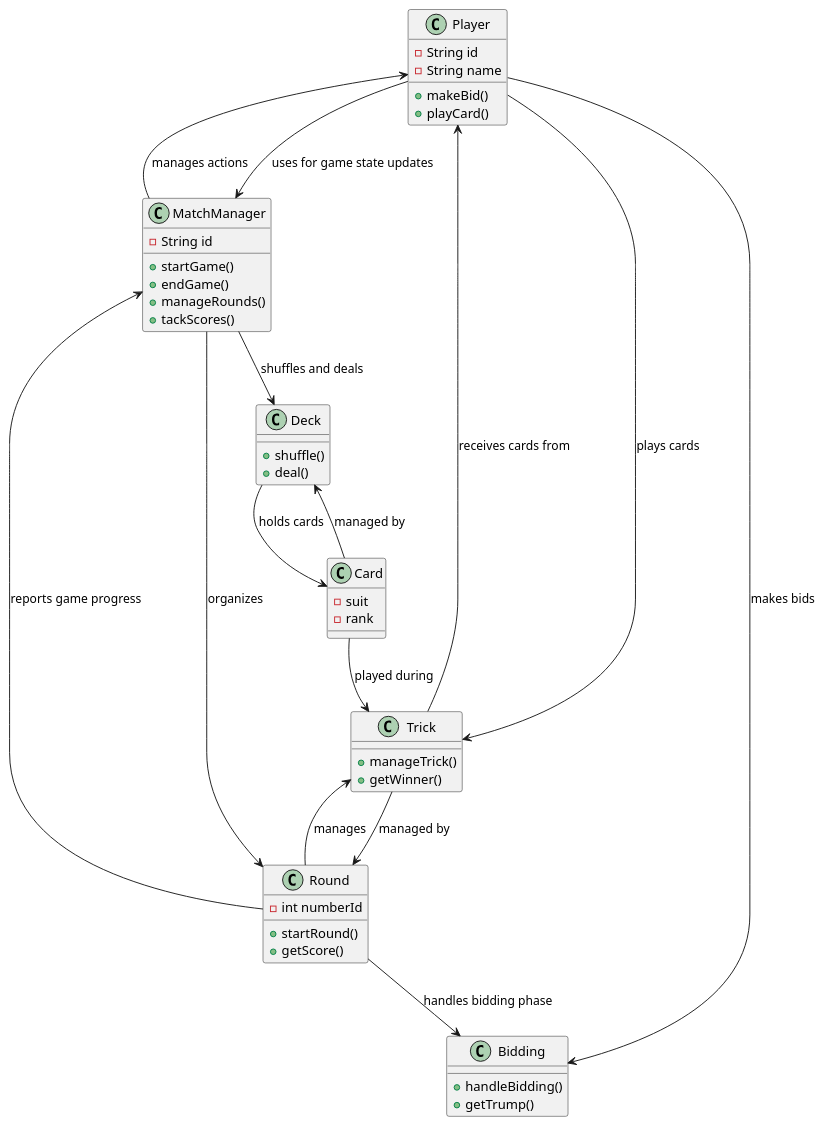
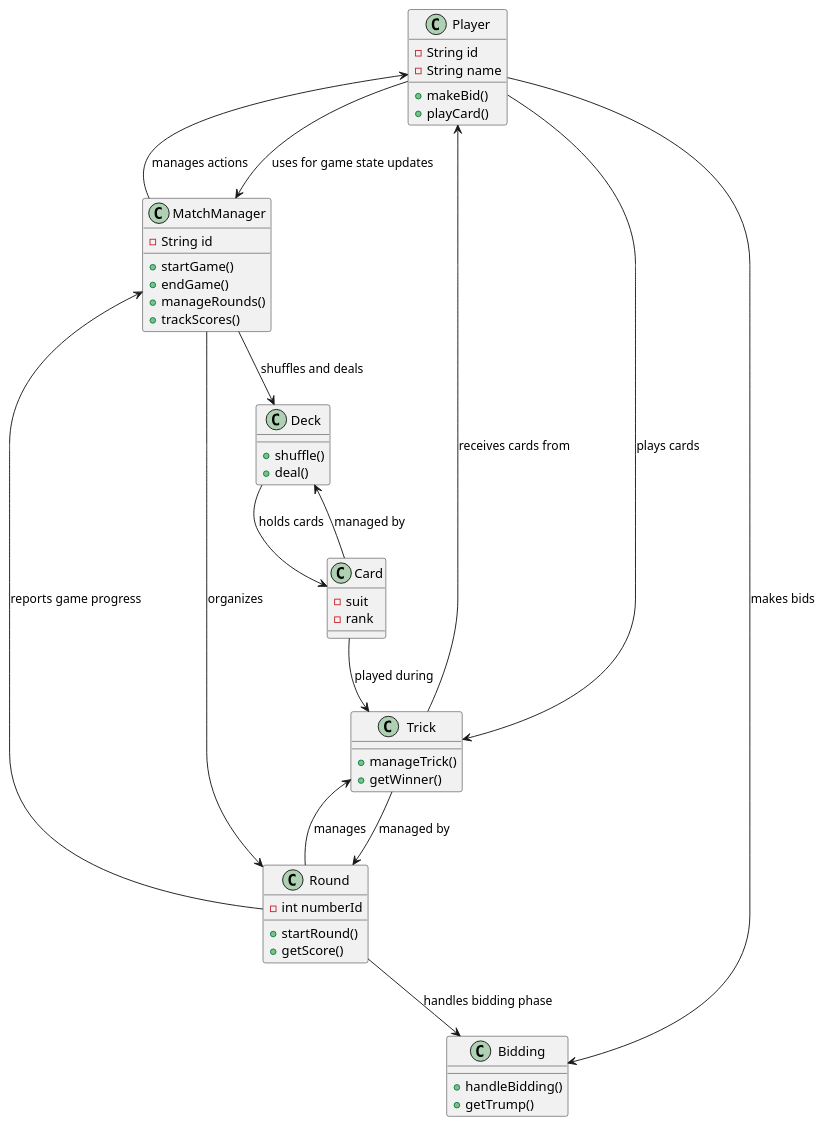
Before and after one commit to ris8z/2brain: the diagram in 2_notes/plantuml/BridgeClassDiagram.md, drawn with PlantUML. The commit also changed 5 other files, not shown here.

````diff
--- a/2_notes/plantuml/BridgeClassDiagram.md
+++ b/2_notes/plantuml/BridgeClassDiagram.md
@@ -7,66 +7,66 @@
 ```plantuml
 @startuml
 class Player {
     - String id
     - String name
     + makeBid()
     + playCard()
 }
 
 class MatchManager {
     - String id
     + startGame()
     + endGame()
     + manageRounds()
-    + tackScores()
+    + trackScores()
 }
 
 class Round {
     - int numberId
     + startRound()
     + getScore()
 }
 
 class Deck {
     + shuffle()
     + deal()
 }
 
 class Card {
     - suit
     - rank
 }
 
 class Bidding {
     + handleBidding()
     + getTrump()
 }
 
 class Trick {
     + manageTrick() 
     + getWinner()
 }
 
 Player --> MatchManager : uses for game state updates
 Player --> Bidding : makes bids
 Player --> Trick : plays cards
 
 MatchManager --> Player : manages actions
 MatchManager --> Round : organizes
 MatchManager --> Deck : shuffles and deals
 
 Round --> Trick : manages
 Round --> Bidding : handles bidding phase
 Round --> MatchManager : reports game progress
 
 Deck --> Card : holds cards
 
 Card --> Trick : played during
 Card --> Deck : managed by
 
 
 Trick --> Player : receives cards from
 Trick --> Round : managed by
 
 @enduml
 ```
````
